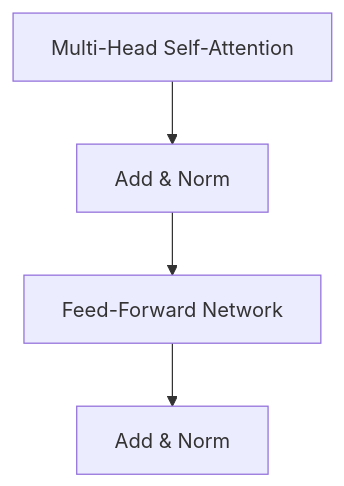
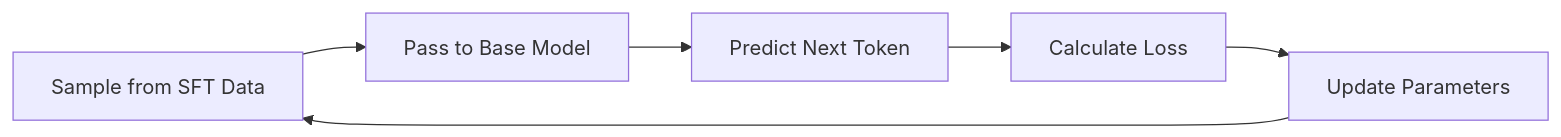
Before and after one commit to rkdnc9/ai-eng-projects-2: diagram 11 of 18 in project_1/lecture-notes.md, drawn with Mermaid. The commit also changed other lines of this file and 1 other file, not shown here.

````diff
--- a/project_1/lecture-notes.md
+++ b/project_1/lecture-notes.md
@@ -268,6 +1184,8 @@
 ```mermaid
-graph TD
-    J[Multi-Head Self-Attention] --> K[Add & Norm]
-    K --> L[Feed-Forward Network]
-    L --> M[Add & Norm]
+graph LR
+    A[Sample from SFT Data] --> B[Pass to Base Model]
+    B --> C[Predict Next Token]
+    C --> D[Calculate Loss]
+    D --> E[Update Parameters]
+    E --> A
 ```
````
